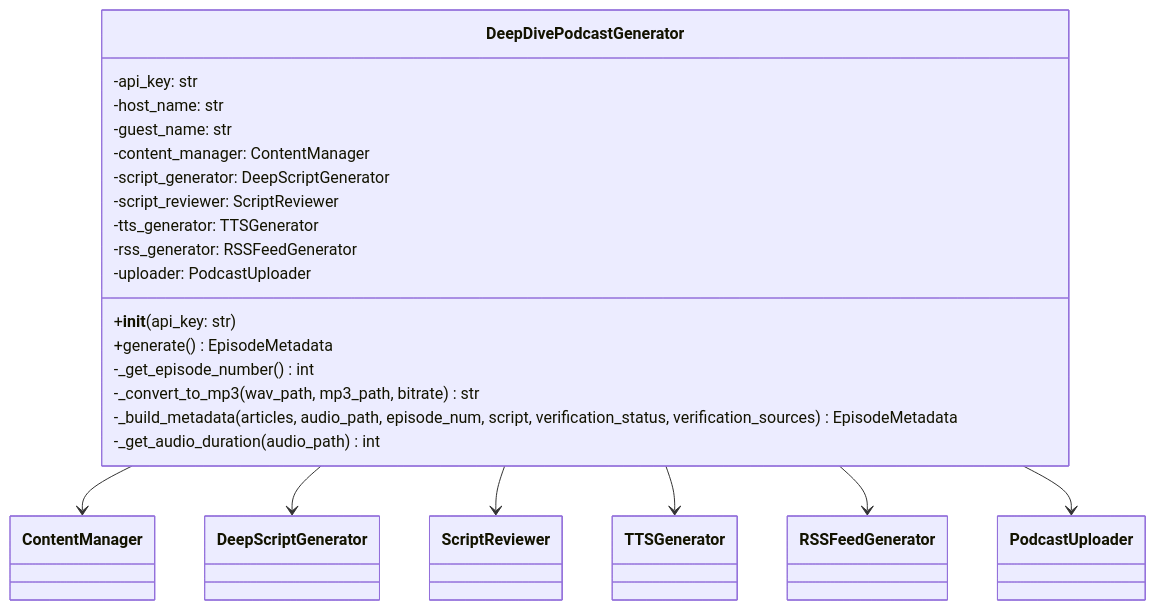
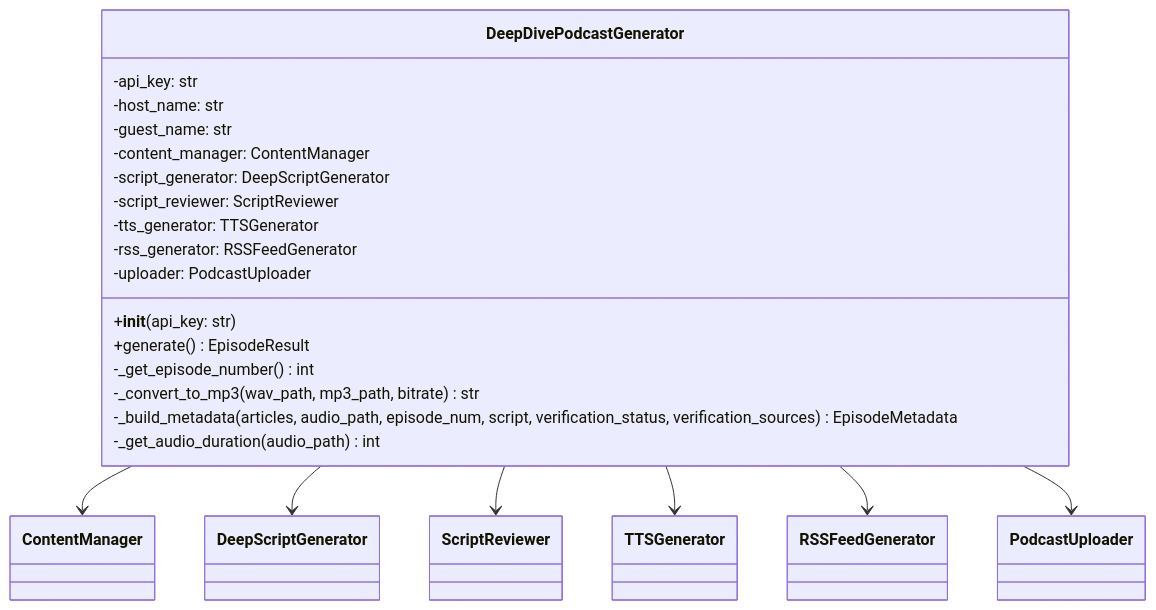
Before and after one commit to necoha/auto-podcast: the eighth of 8 diagrams in docs/LLD.md, drawn with Mermaid. The commit also changed other lines of this file and 2 other files, not shown here.

````diff
--- a/docs/LLD.md
+++ b/docs/LLD.md
@@ -556,27 +604,27 @@
 ```mermaid
 classDiagram
     class DeepDivePodcastGenerator {
         -api_key: str
         -host_name: str
         -guest_name: str
         -content_manager: ContentManager
         -script_generator: DeepScriptGenerator
         -script_reviewer: ScriptReviewer
         -tts_generator: TTSGenerator
         -rss_generator: RSSFeedGenerator
         -uploader: PodcastUploader
         +__init__(api_key: str)
-        +generate() EpisodeMetadata
+        +generate() EpisodeResult
         -_get_episode_number() int
         -_convert_to_mp3(wav_path, mp3_path, bitrate) str
         -_build_metadata(articles, audio_path, episode_num, script, verification_status, verification_sources) EpisodeMetadata
         -_get_audio_duration(audio_path) int
     }
 
     DeepDivePodcastGenerator --> ContentManager
     DeepDivePodcastGenerator --> DeepScriptGenerator
     DeepDivePodcastGenerator --> ScriptReviewer
     DeepDivePodcastGenerator --> TTSGenerator
     DeepDivePodcastGenerator --> RSSFeedGenerator
     DeepDivePodcastGenerator --> PodcastUploader
 ```
````
